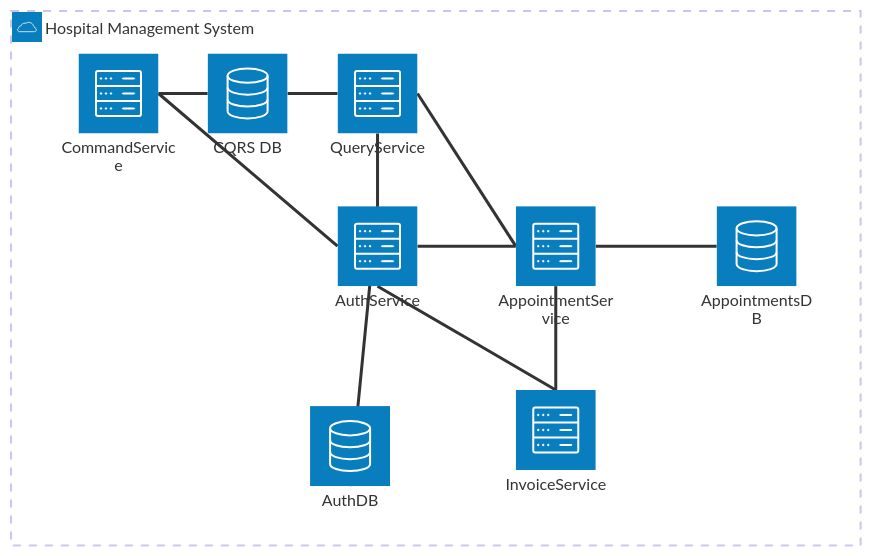
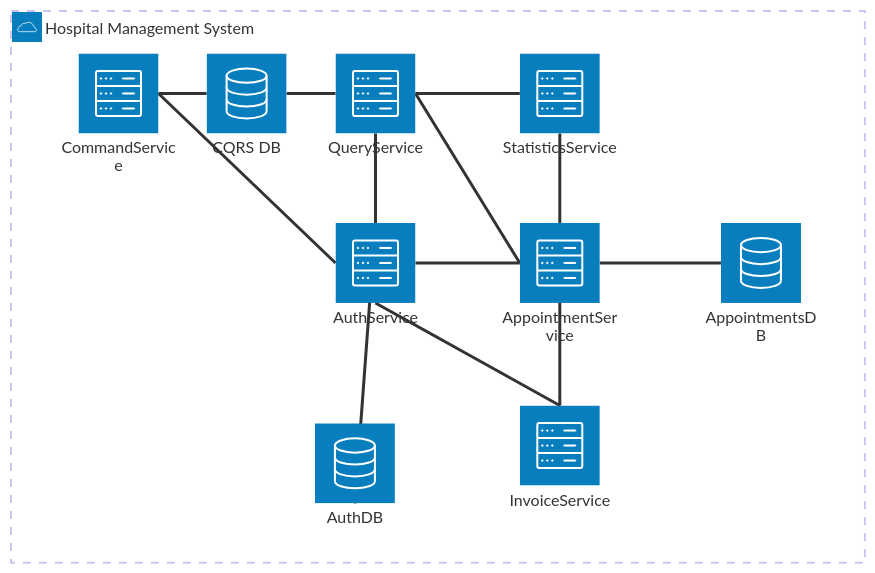
Before and after one commit to jankovicdanilo/HospitalManagement: the diagram in README.md, drawn with Mermaid. The commit also changed other lines of this file, not shown here.

First line of the commit message:
Enhance README with new Statistics Service details

````diff
--- a/README.md
+++ b/README.md
@@ -24,32 +24,35 @@
 ```mermaid
 architecture-beta
     group system(cloud)[Hospital Management System]
 
     %% Databases
     service cqrsdb(database)[CQRS DB] in system
     service authdb(database)[AuthDB] in system
     service appdb(database)[AppointmentsDB] in system
 
     %% Services
     service command(server)[CommandService] in system
     service auth(server)[AuthService] in system
     service app(server)[AppointmentService] in system
     service query(server)[QueryService] in system
     service invoice(server)[InvoiceService] in system
+    service stats(server)[StatisticsService] in system
 
     %% Database ownership
     command:R -- L:cqrsdb
     query:L -- R:cqrsdb
     auth:T -- B:authdb
     app:R -- L:appdb
 
     %% Authentication (JWT)
     auth:L -- R:command
     auth:R -- L:app
     auth:T -- B:query
     auth:B -- T:invoice
 
     %% Business communication
     app:L -- R:query
     invoice:T -- B:app
+    stats:B -- T:app
+    query:R -- L:stats
 ```
````
